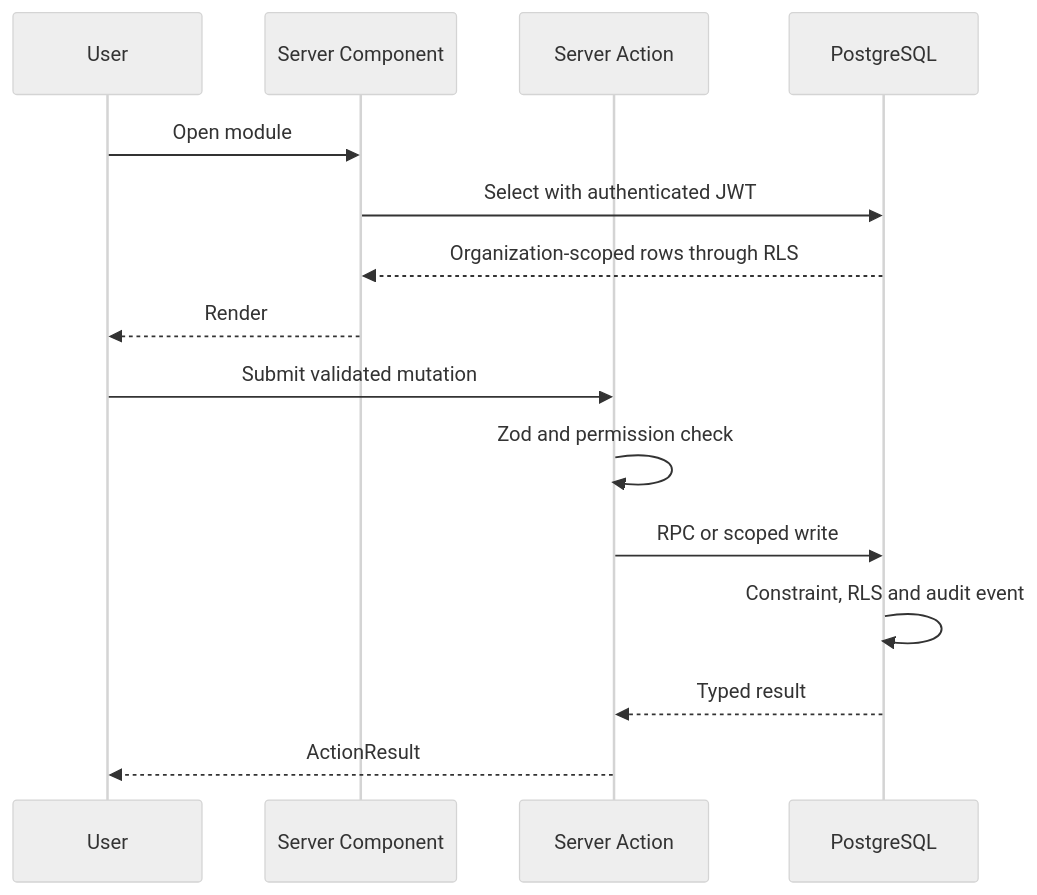
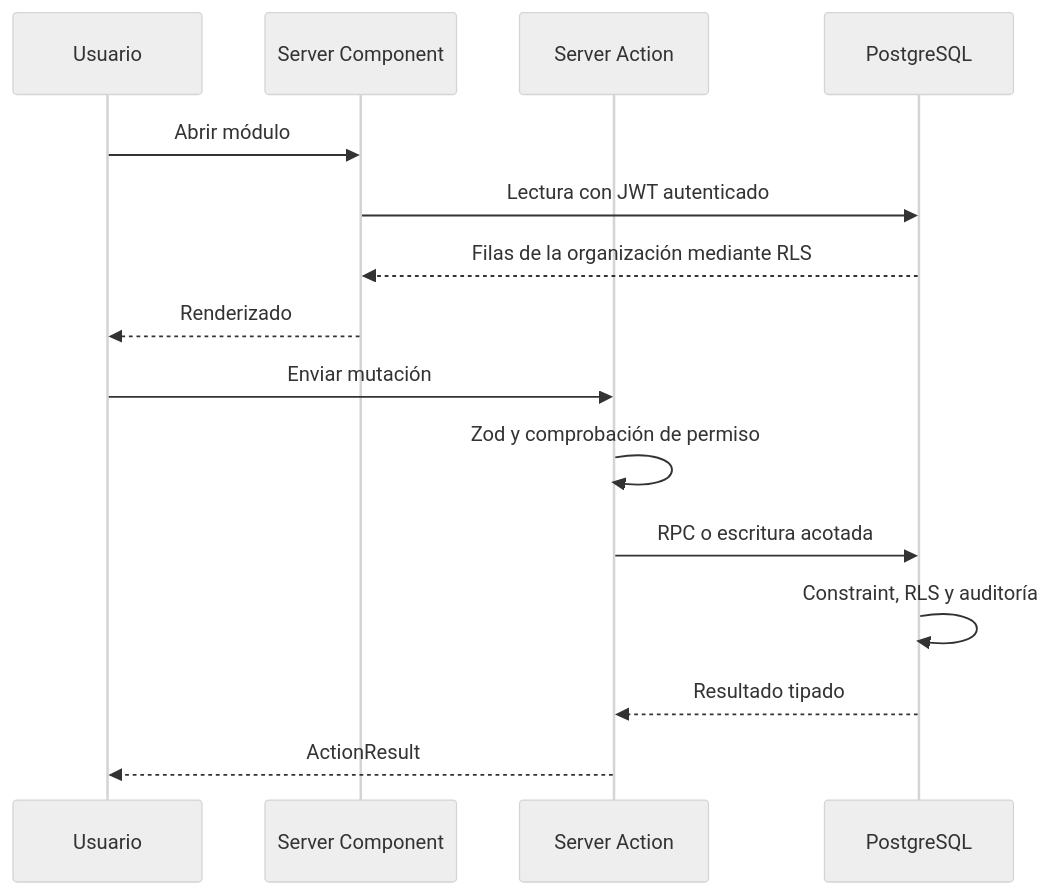
Before and after one commit to antoniojesusdelgado/management-platform-demo: the fifth of 9 diagrams in docs/TECHNICAL-CASE-STUDY.md, drawn with Mermaid (neutral theme). The commit also changed other lines of this file and 34 other files, not shown here.

````diff
--- a/docs/TECHNICAL-CASE-STUDY.md
+++ b/docs/TECHNICAL-CASE-STUDY.md
@@ -117,17 +132,17 @@
 ```mermaid
 sequenceDiagram
-  participant U as User
+  participant U as Usuario
   participant SC as Server Component
   participant SA as Server Action
   participant DB as PostgreSQL
-  U->>SC: Open module
-  SC->>DB: Select with authenticated JWT
-  DB-->>SC: Organization-scoped rows through RLS
-  SC-->>U: Render
-  U->>SA: Submit validated mutation
-  SA->>SA: Zod and permission check
-  SA->>DB: RPC or scoped write
-  DB->>DB: Constraint, RLS and audit event
-  DB-->>SA: Typed result
+  U->>SC: Abrir módulo
+  SC->>DB: Lectura con JWT autenticado
+  DB-->>SC: Filas de la organización mediante RLS
+  SC-->>U: Renderizado
+  U->>SA: Enviar mutación
+  SA->>SA: Zod y comprobación de permiso
+  SA->>DB: RPC o escritura acotada
+  DB->>DB: Constraint, RLS y auditoría
+  DB-->>SA: Resultado tipado
   SA-->>U: ActionResult
 ```
````
